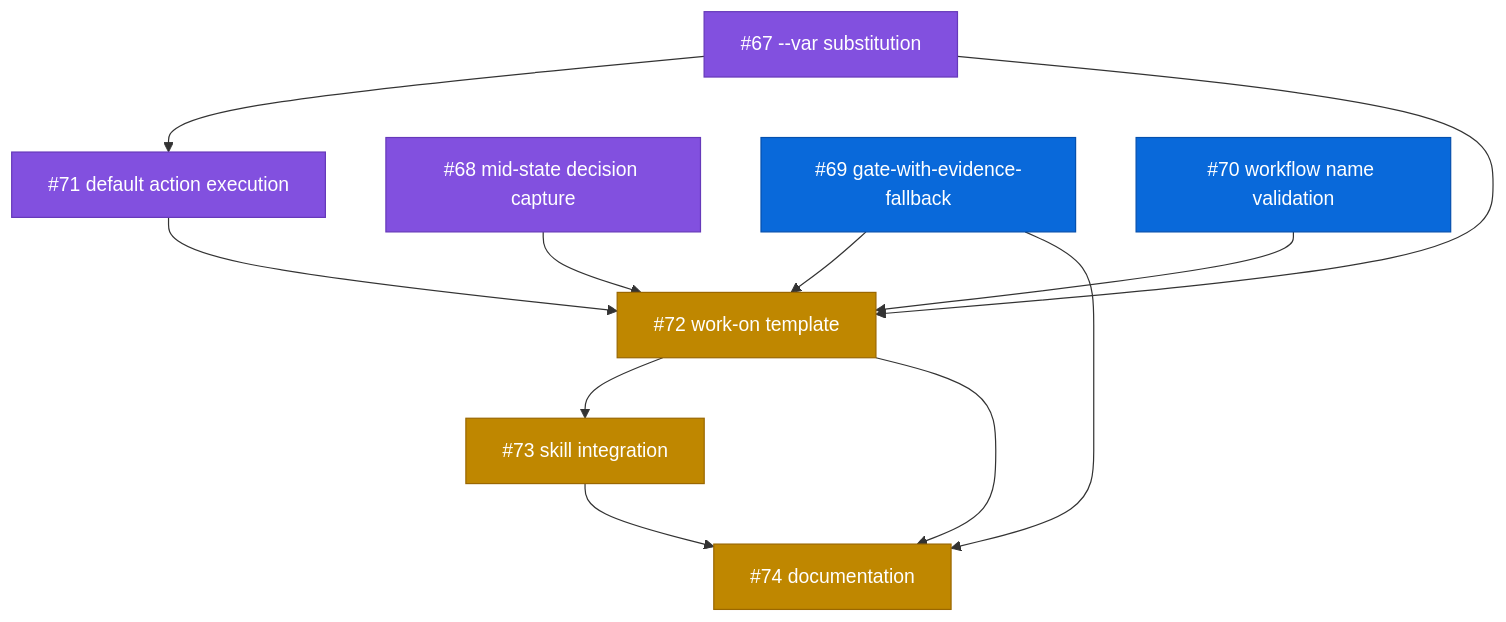
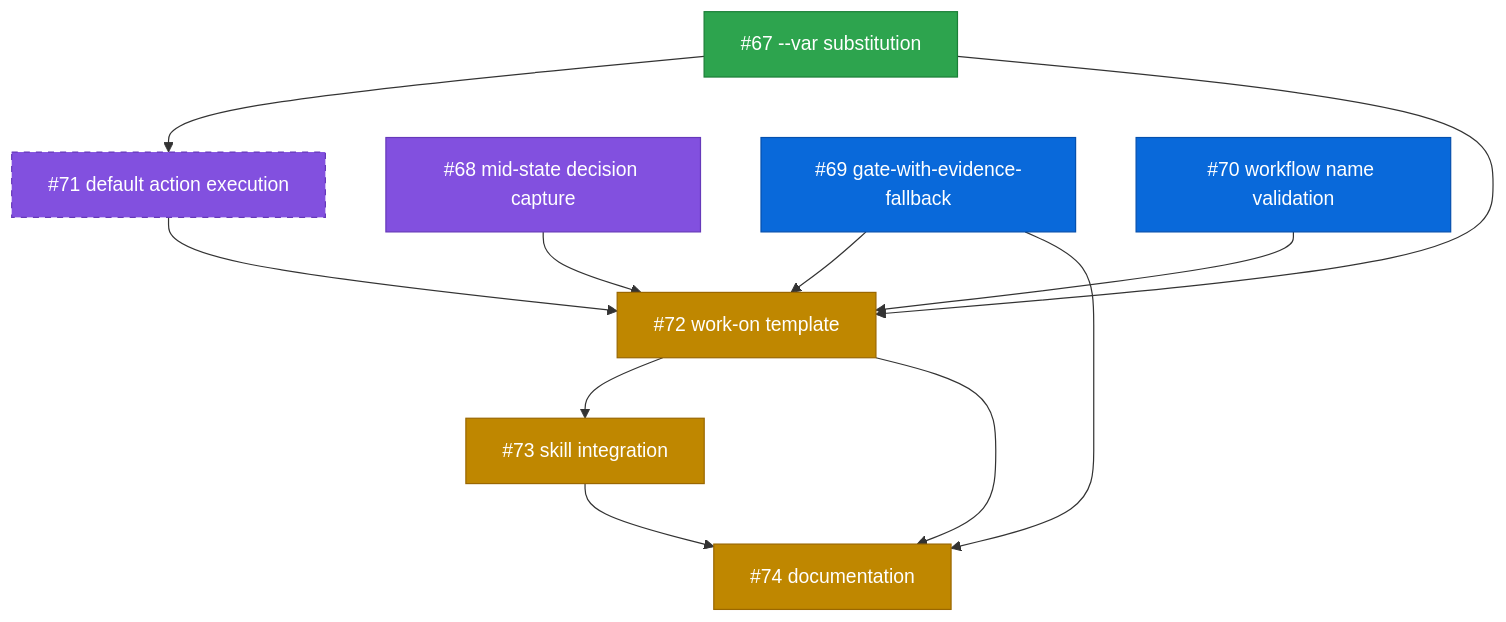
The diagram in docs/plans/PLAN-shirabe-work-on-template.md (tsukumogami/koto), drawn with Mermaid before and after one commit. The commit also changed other lines of this file and 17 other files, not shown here.

````diff
--- a/docs/plans/PLAN-shirabe-work-on-template.md
+++ b/docs/plans/PLAN-shirabe-work-on-template.md
@@ -45,37 +47,38 @@
 ```mermaid
 graph TD
     I67["#67 --var substitution"]
     I71["#71 default action execution"]
     I68["#68 mid-state decision capture"]
     I69["#69 gate-with-evidence-fallback"]
     I70["#70 workflow name validation"]
     I72["#72 work-on template"]
     I73["#73 skill integration"]
     I74["#74 documentation"]
 
     I67 --> I71
     I67 --> I72
     I71 --> I72
     I68 --> I72
     I69 --> I72
     I70 --> I72
     I69 --> I74
     I72 --> I73
     I72 --> I74
     I73 --> I74
 
     classDef done fill:#2da44e,stroke:#1a7f37,color:white
     classDef ready fill:#0969da,stroke:#0550ae,color:white
     classDef blocked fill:#bf8700,stroke:#9a6700,color:white
     classDef needsDesign fill:#8250df,stroke:#6639ba,color:white
     classDef needsPrd fill:#cf222e,stroke:#a40e26,color:white
     classDef needsSpike fill:#bf3989,stroke:#99286e,color:white
     classDef needsDecision fill:#e16f24,stroke:#b35900,color:white
     classDef tracksDesign fill:#8250df,stroke:#6639ba,color:white,stroke-dasharray: 5 5
     classDef tracksPlan fill:#0969da,stroke:#0550ae,color:white,stroke-dasharray: 5 5
 
-    class I67,I68 needsDesign
-    class I71 needsDesign
+    class I67 done
+    class I68 needsDesign
+    class I71 tracksDesign
     class I69,I70 ready
     class I72,I73,I74 blocked
 ```
````
